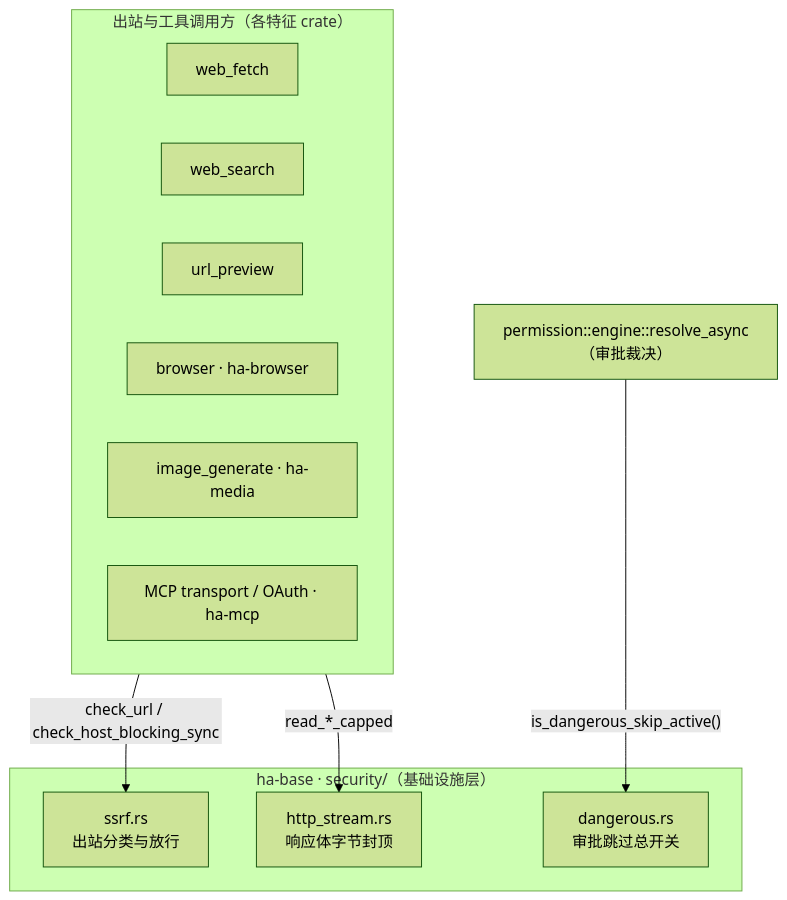
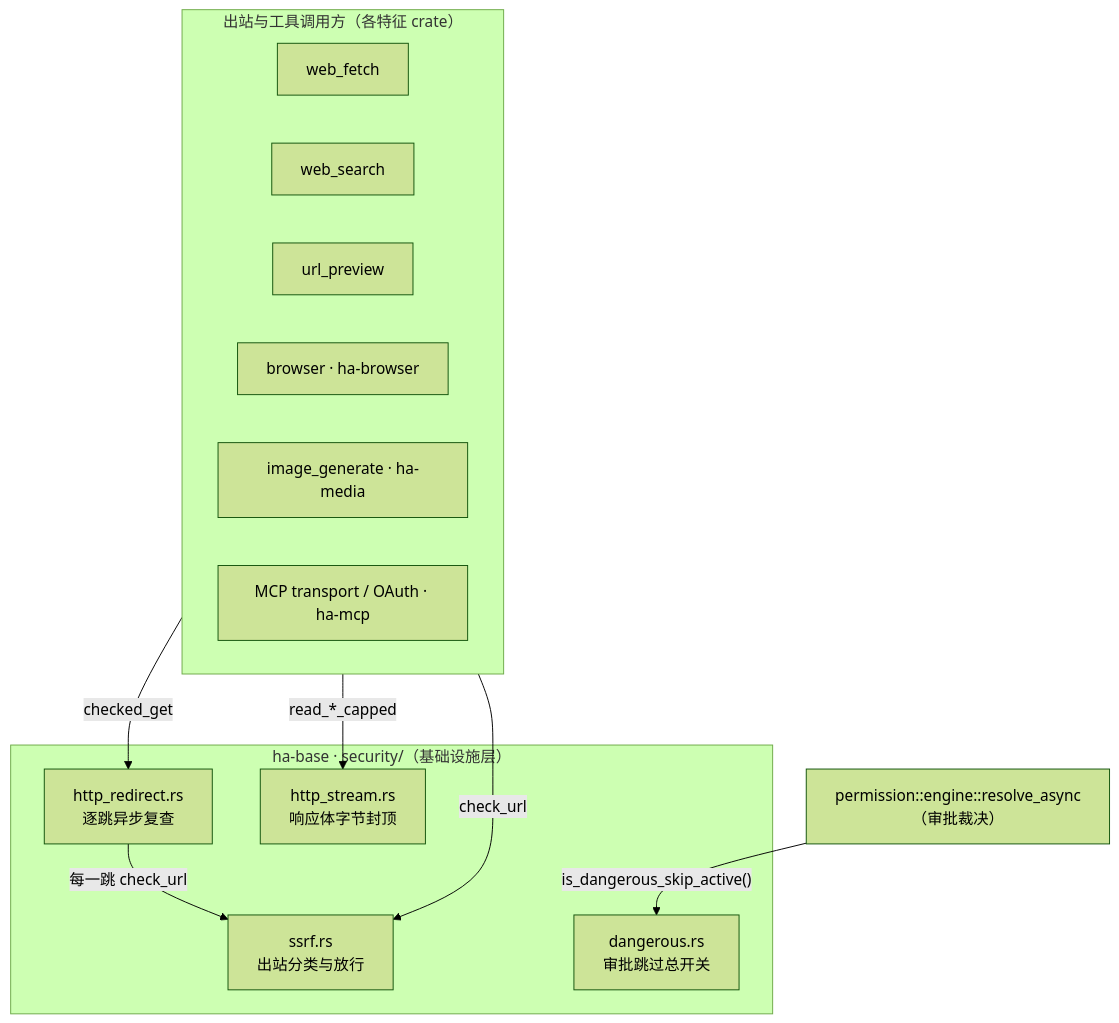
The first of 3 diagrams in mirrors/repos/shiwenwen@hope-agent/docs/architecture/infra/security.md (gabrielmoreira/agent-skills-mirror), drawn with Mermaid (forest theme) before and after one commit. The commit also changed other lines of this file and 1997 other files, not shown here.

````diff
--- a/mirrors/repos/shiwenwen@hope-agent/docs/architecture/infra/security.md
+++ b/mirrors/repos/shiwenwen@hope-agent/docs/architecture/infra/security.md
@@ -24,20 +25,23 @@
 ```mermaid
 flowchart TB
     subgraph base["ha-base · security/（基础设施层）"]
         SSRF["ssrf.rs<br/>出站分类与放行"]
+        REDIRECT["http_redirect.rs<br/>逐跳异步复查"]
         DANGER["dangerous.rs<br/>审批跳过总开关"]
         CAP["http_stream.rs<br/>响应体字节封顶"]
     end
     subgraph callers["出站与工具调用方（各特征 crate）"]
         WF["web_fetch"]
         WS["web_search"]
         UP["url_preview"]
         BR["browser · ha-browser"]
         IG["image_generate · ha-media"]
         MCP["MCP transport / OAuth · ha-mcp"]
     end
     ENGINE["permission::engine::resolve_async<br/>（审批裁决）"]
-    callers -->|"check_url / check_host_blocking_sync"| SSRF
+    callers -->|"check_url"| SSRF
+    callers -->|"checked_get"| REDIRECT
+    REDIRECT -->|"每一跳 check_url"| SSRF
     callers -->|"read_*_capped"| CAP
     ENGINE -->|"is_dangerous_skip_active()"| DANGER
 ```
````
